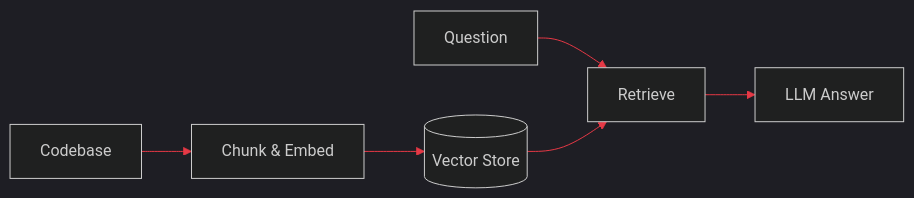
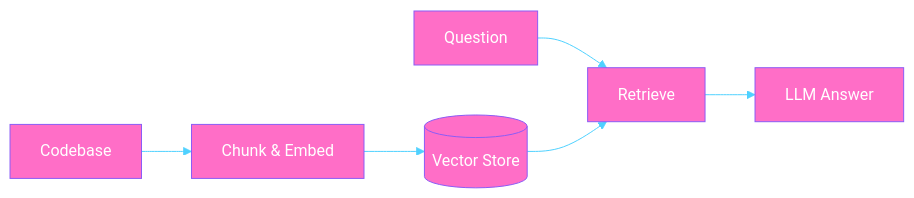
The first of 4 diagrams in README.md (ruthcaroliine/ruthcaroliine), drawn with Mermaid before and after one commit. The commit also changed other lines of this file, not shown here.

````diff
--- a/README.md
+++ b/README.md
@@ -52,9 +67,9 @@
 ```mermaid
-%%{init: {'theme':'dark', 'themeVariables': {'primaryColor':'#000000','primaryTextColor':'#ffffff','primaryBorderColor':'#E63946','lineColor':'#E63946','tertiaryColor':'#000000'}}}%%
+%%{init: {'theme':'base', 'themeVariables': {'primaryColor':'#FF6EC7','primaryTextColor':'#ffffff','primaryBorderColor':'#8B5CF6','lineColor':'#4FD1FF','tertiaryColor':'#f3e8ff'}}}%%
 flowchart LR
     A[Codebase] --> B[Chunk & Embed]
     B --> C[(Vector Store)]
     D[Question] --> E[Retrieve]
     C --> E
     E --> F[LLM Answer]
 ```
````
